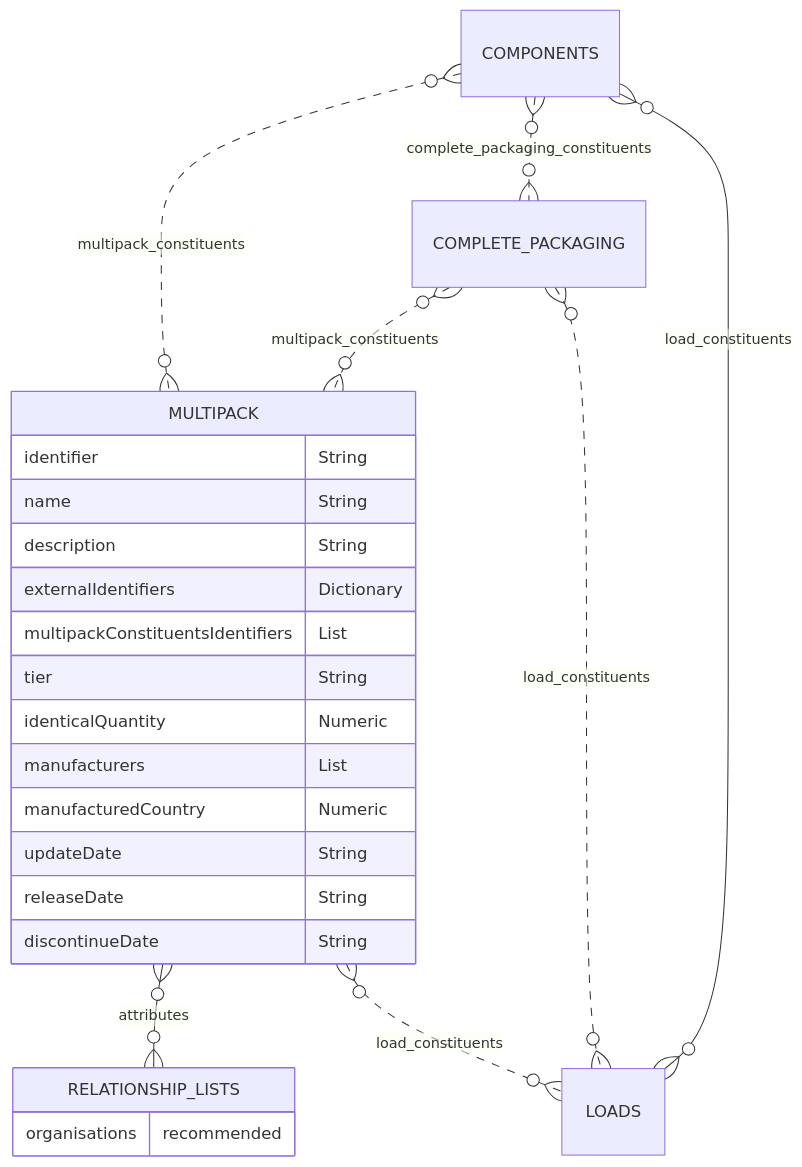
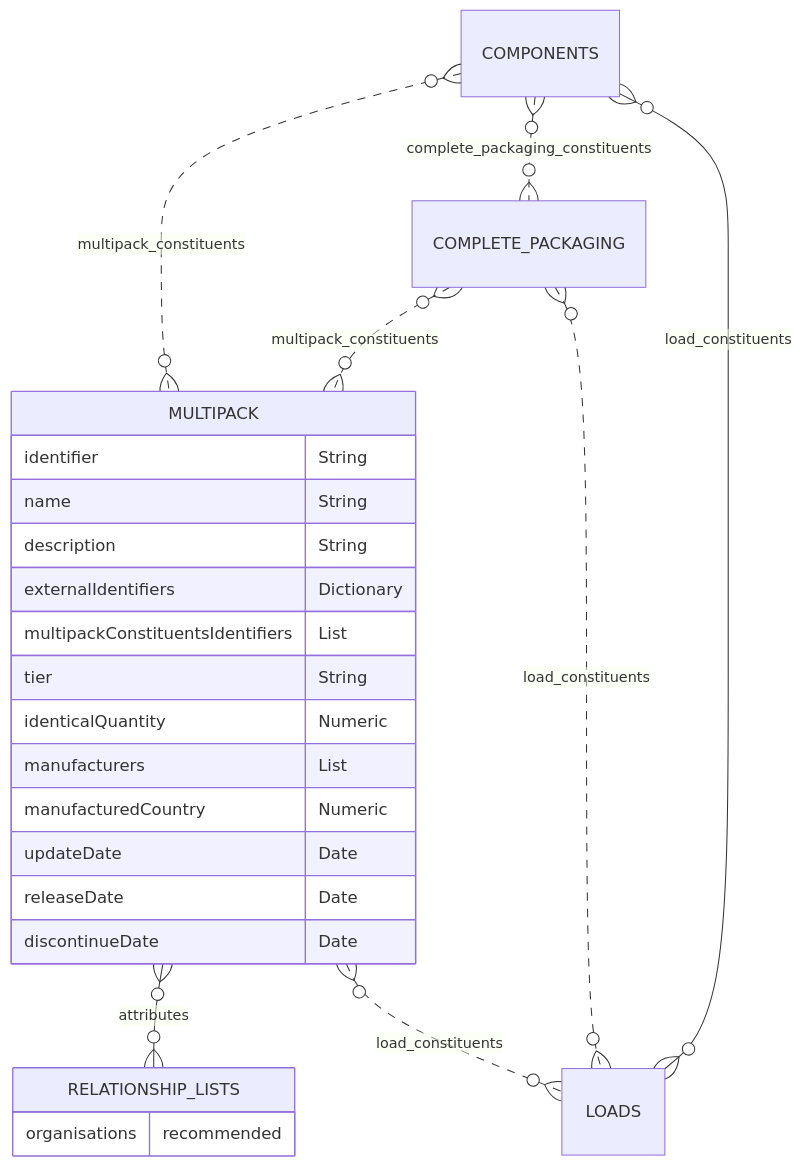
The diagram in docs/3_Data_Specification/3_5_Multipack.md (OpenDataManchester/Open3P), drawn with Mermaid before and after one commit. The commit also changed other lines of this file, not shown here.

Commit message:
Update date to ISO 8601

````diff
--- a/docs/3_Data_Specification/3_5_Multipack.md
+++ b/docs/3_Data_Specification/3_5_Multipack.md
@@ -30,27 +30,27 @@
 ``` mermaid
 erDiagram
 COMPONENTS }o..o{ MULTIPACK : multipack_constituents
 COMPONENTS }o..o{ COMPLETE_PACKAGING : complete_packaging_constituents
 COMPLETE_PACKAGING }o..o{ MULTIPACK : multipack_constituents
   MULTIPACK {
     identifier String
     name String
     description String
     externalIdentifiers Dictionary
     multipackConstituentsIdentifiers List
     tier String
     identicalQuantity Numeric
     manufacturers List
     manufacturedCountry Numeric
-    updateDate String
-    releaseDate String
-    discontinueDate String
+    updateDate Date
+    releaseDate Date
+    discontinueDate Date
   }
   MULTIPACK }o--o{ RELATIONSHIP_LISTS : attributes
   COMPLETE_PACKAGING }o..o{ LOADS : load_constituents
   MULTIPACK }o..o{ LOADS : load_constituents
   COMPONENTS }o--o{ LOADS : load_constituents
       RELATIONSHIP_LISTS {
         organisations recommended
     }
 ```
````
